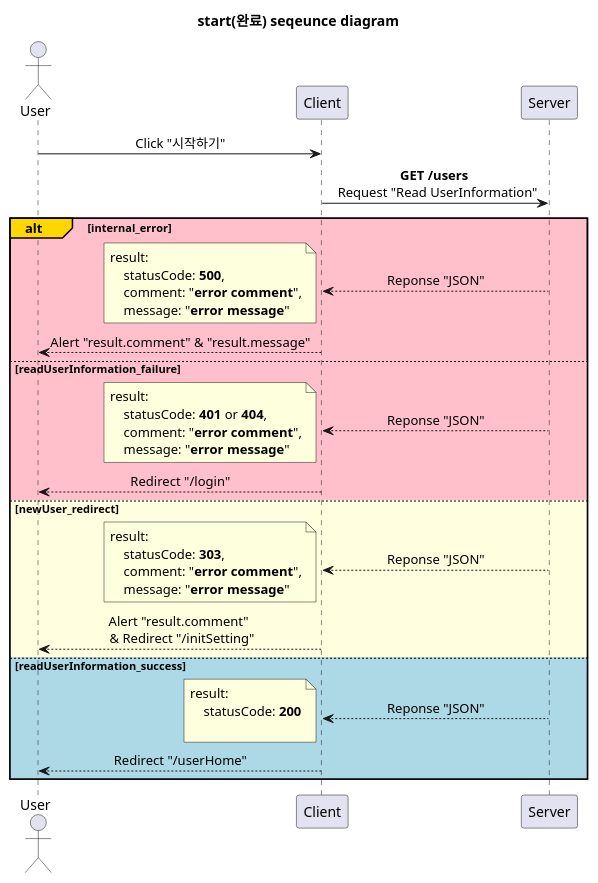
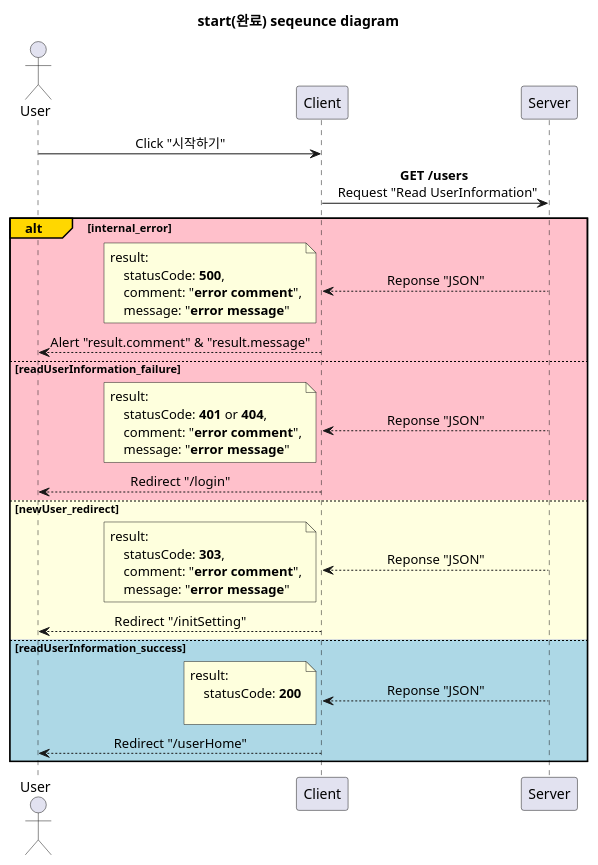
One commit to devSeungBin/SSCS changed the diagram in diagram/landing_page/start.puml. Above: the diagram before and after it, drawn with PlantUML. The commit also changed 14 other files, not shown here.

```diff
--- a/diagram/landing_page/start.puml
+++ b/diagram/landing_page/start.puml
@@ -1,57 +1,57 @@
 @startuml start(완료)
 'http://localhost:3000/
 
 title start(완료) seqeunce diagram
 
 skinparam SequenceMessageAlignment center
 
 participant Server order 30
 participant Client order 20
 actor User order 10
 
 User -> Client: Click "시작하기"
 
 Client -> Server: **GET /users** \n Request "Read UserInformation"
 
 alt#Gold #Pink internal_error
     Client <-- Server: Reponse "JSON"
     note left
         result:
             statusCode: **500**,
             comment: "**error comment**",
             message: "**error message**"
     end note
     User <-- Client: Alert "result.comment" & "result.message"
 
 else #Pink readUserInformation_failure
     Client <-- Server: Reponse "JSON"
     note left
         result:
             statusCode: **401** or **404**,
             comment: "**error comment**",
             message: "**error message**"
     end note
     User <-- Client: Redirect "/login"
 
 else #LightYellow newUser_redirect
     Client <-- Server: Reponse "JSON"
     note left
         result:
             statusCode: **303**,
             comment: "**error comment**",
             message: "**error message**"
     end note
-    User <-- Client: Alert "result.comment" \n & Redirect "/initSetting"
+    User <-- Client: Redirect "/initSetting"
 
 else #LightBlue readUserInformation_success
     Client <-- Server: Reponse "JSON"
     note left
         result:
             statusCode: **200**
 
     end note
     User <-- Client: Redirect "/userHome"
 
 end
 
 @enduml
```
